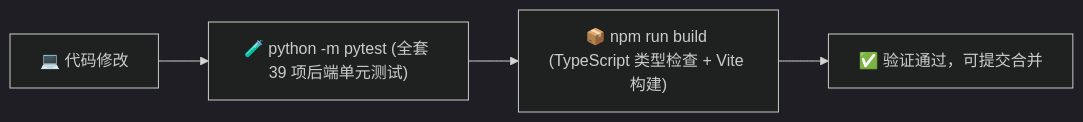
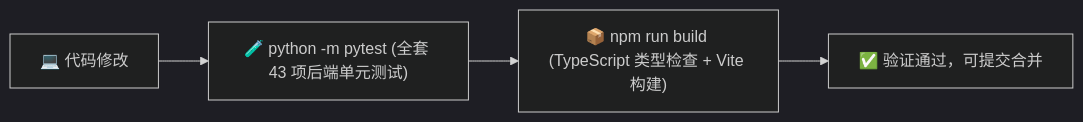
Before and after one commit to wangyh775/JHTracker: the diagram in docs/developer-guide.md, drawn with Mermaid (dark theme). The commit also changed other lines of this file and 64 other files, not shown here.

````diff
--- a/docs/developer-guide.md
+++ b/docs/developer-guide.md
@@ -122,6 +123,6 @@
 ```mermaid
 graph LR
-    Code["💻 代码修改"] --> PyTest["🧪 python -m pytest (全套 39 项后端单元测试)"]
+    Code["💻 代码修改"] --> PyTest["🧪 python -m pytest (全套 43 项后端单元测试)"]
     PyTest --> FrontendBuild["📦 npm run build (TypeScript 类型检查 + Vite 构建)"]
     FrontendBuild --> Pass["✅ 验证通过，可提交合并"]
 ```
````
